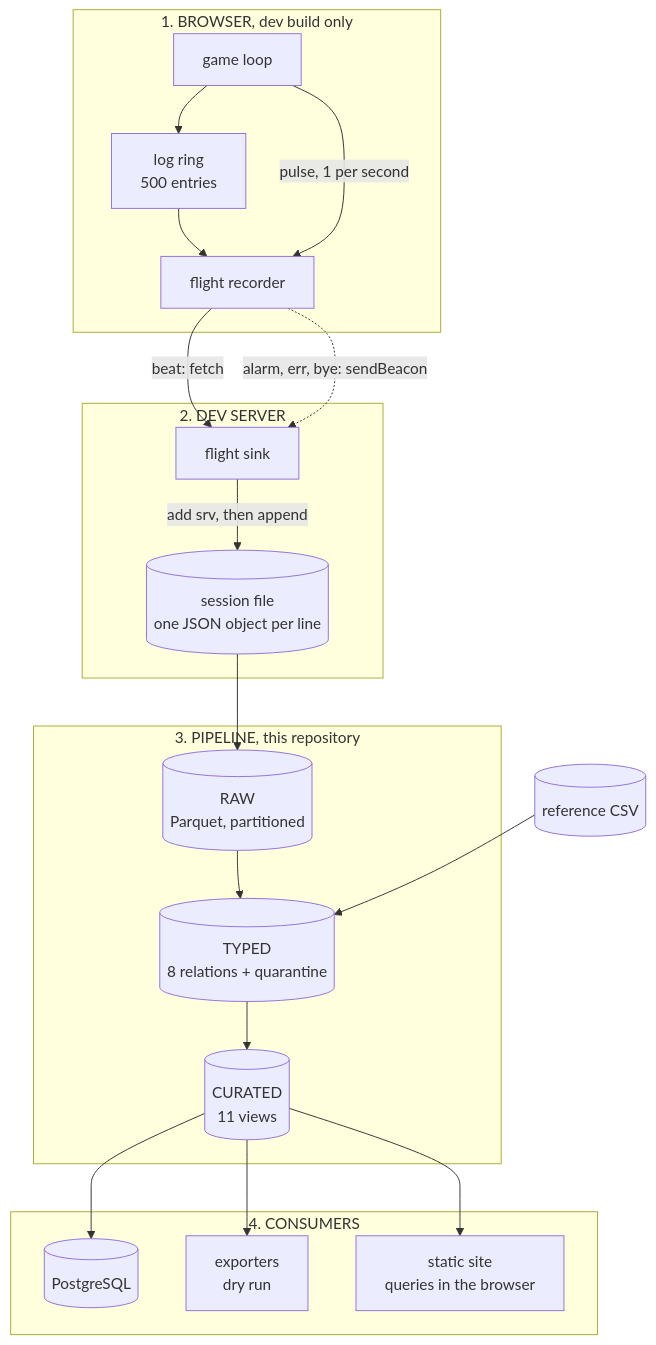
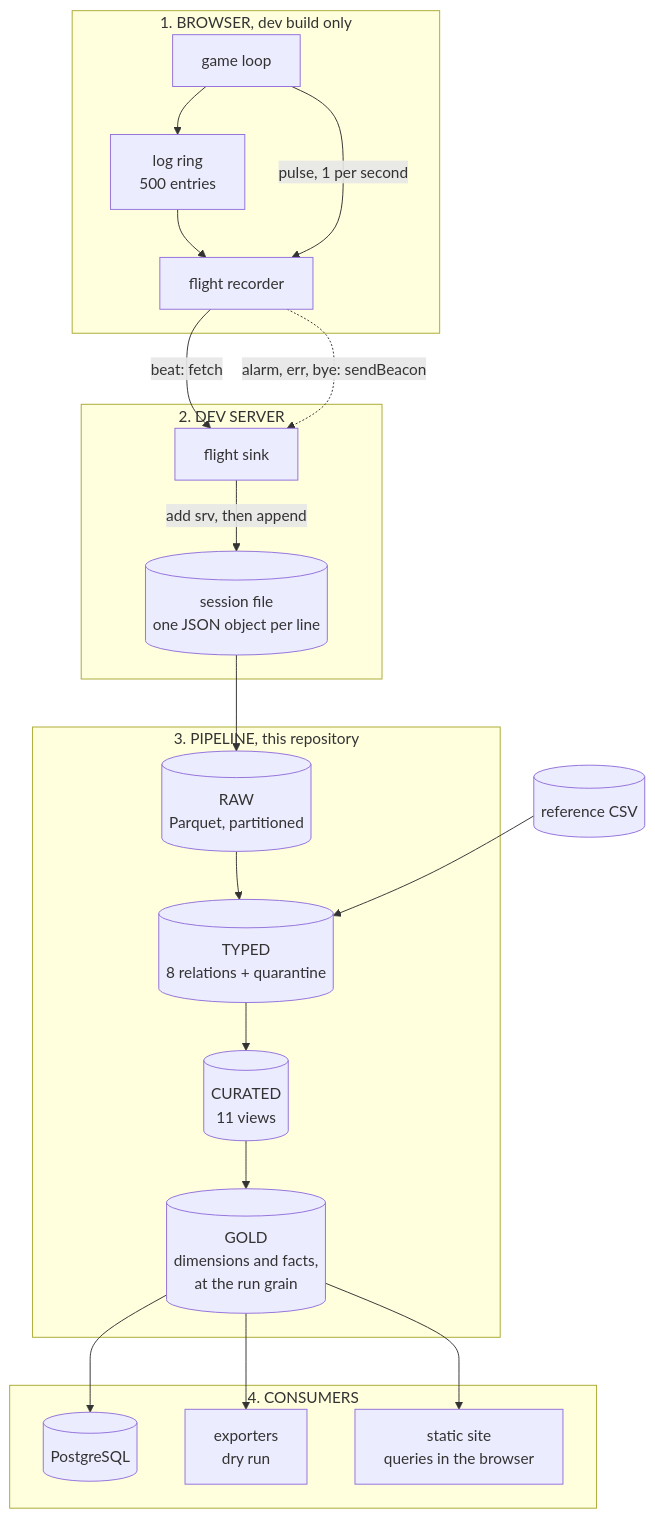
The first of 4 diagrams in docs/architecture.md (MrBisonte/flightdeck), drawn with Mermaid before and after one commit. The commit also changed other lines of this file and 8 other files, not shown here.

````diff
--- a/docs/architecture.md
+++ b/docs/architecture.md
@@ -23,37 +22,38 @@
 ```mermaid
 flowchart TB
   subgraph A["1. BROWSER, dev build only"]
     game["game loop"]
     ring["log ring<br/>500 entries"]
     rec["flight recorder"]
     game --> ring --> rec
     game -->|"pulse, 1 per second"| rec
   end
 
   subgraph B["2. DEV SERVER"]
     sink["flight sink"]
     log[("session file<br/>one JSON object per line")]
     sink -->|"add srv, then append"| log
   end
 
   subgraph C["3. PIPELINE, this repository"]
     raw[("RAW<br/>Parquet, partitioned")]
     typed[("TYPED<br/>8 relations + quarantine")]
     cur[("CURATED<br/>11 views")]
-    raw --> typed --> cur
+    gold[("GOLD<br/>dimensions and facts,<br/>at the run grain")]
+    raw --> typed --> cur --> gold
   end
 
   subgraph D["4. CONSUMERS"]
     pg[("PostgreSQL")]
     ph["exporters<br/>dry run"]
     site["static site<br/>queries in the browser"]
   end
 
   rec -->|"beat: fetch"| sink
   rec -.->|"alarm, err, bye: sendBeacon"| sink
   log --> raw
   ref[("reference CSV")] --> typed
-  cur --> pg
-  cur --> ph
-  cur --> site
+  gold --> pg
+  gold --> ph
+  gold --> site
 ```
````
